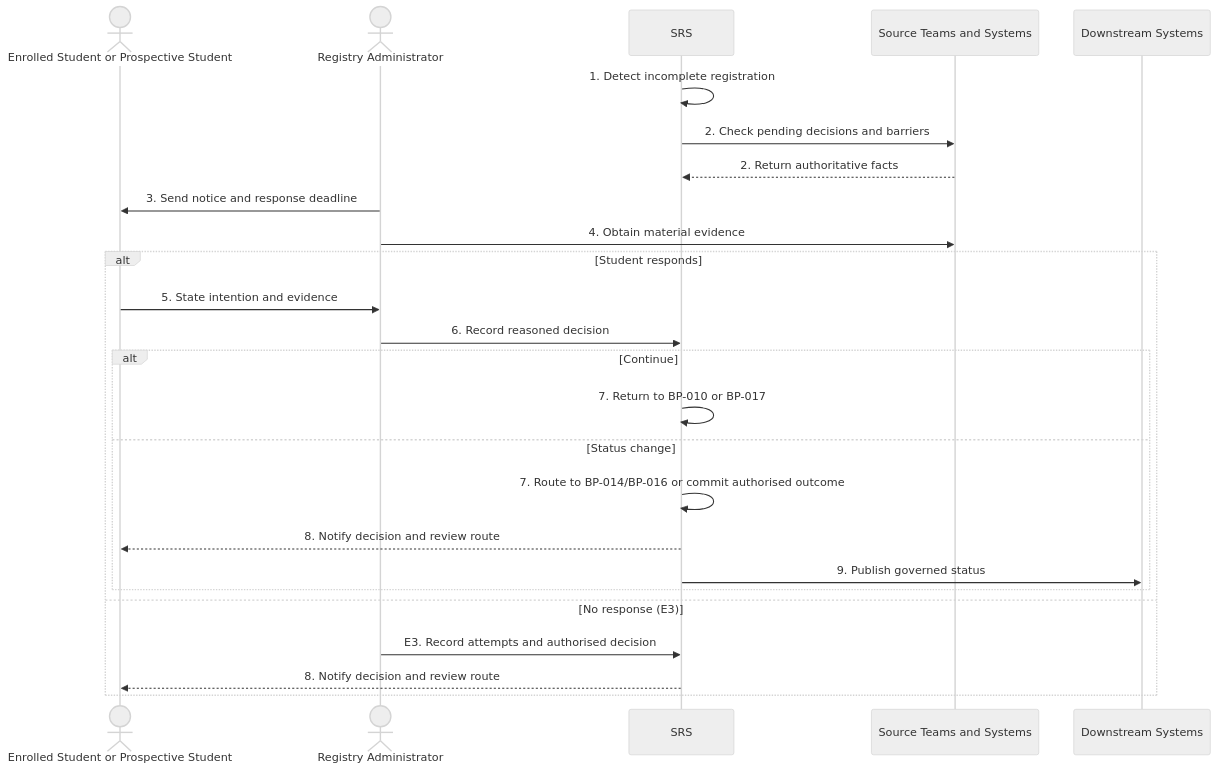
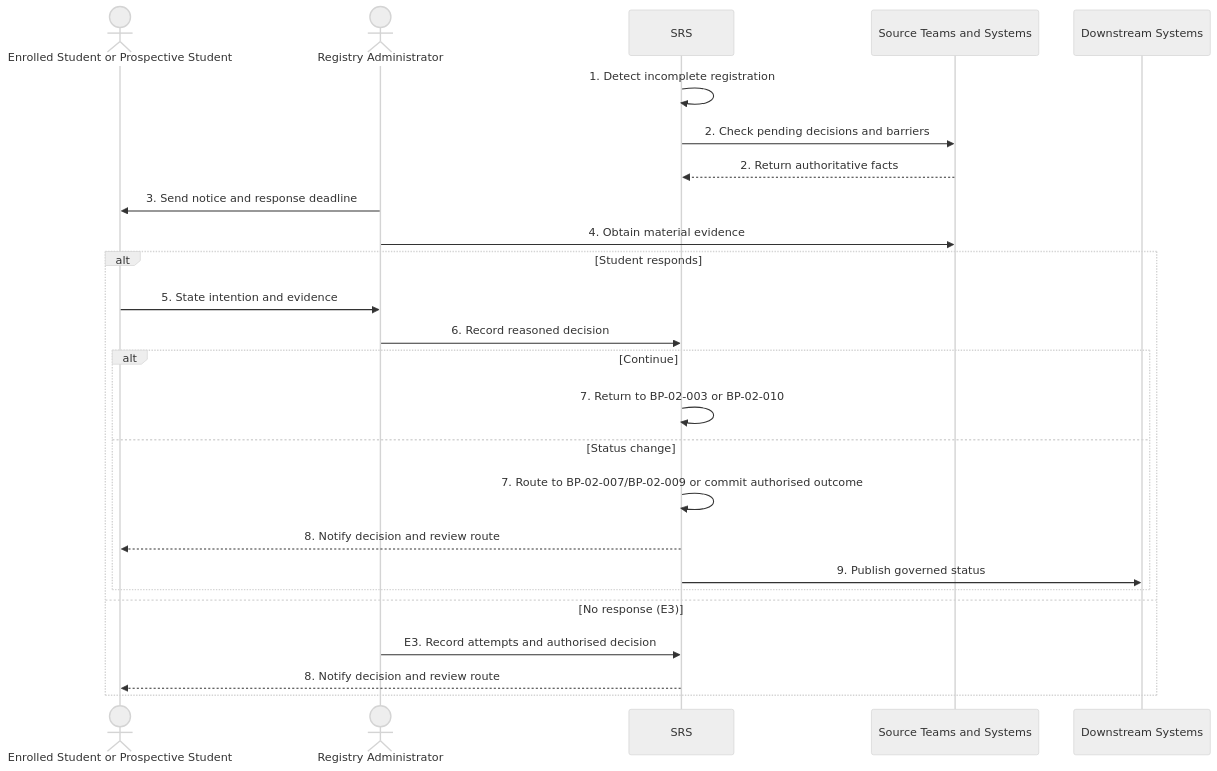
One commit to RevelationCore/Revelation-SRS changed the diagram in docs/business-processes/02-registration-and-student-status/bp-02-011-resolve-failure-to-register.md. Above: the diagram before and after it, drawn with Mermaid (neutral theme). The commit also changed other lines of this file and 96 other files, not shown here.

````diff
--- a/docs/business-processes/02-registration-and-student-status/bp-02-011-resolve-failure-to-register.md
+++ b/docs/business-processes/02-registration-and-student-status/bp-02-011-resolve-failure-to-register.md
@@ -199,28 +199,28 @@
 ```mermaid
 sequenceDiagram
     actor Student as Enrolled Student or Prospective Student
     actor Registry as Registry Administrator
     participant SRS
     participant Evidence as Source Teams and Systems
     participant External as Downstream Systems
 
     SRS->>SRS: 1. Detect incomplete registration
     SRS->>Evidence: 2. Check pending decisions and barriers
     Evidence-->>SRS: 2. Return authoritative facts
     Registry->>Student: 3. Send notice and response deadline
     Registry->>Evidence: 4. Obtain material evidence
     alt Student responds
         Student->>Registry: 5. State intention and evidence
         Registry->>SRS: 6. Record reasoned decision
         alt Continue
-            SRS->>SRS: 7. Return to BP-010 or BP-017
+            SRS->>SRS: 7. Return to BP-02-003 or BP-02-010
         else Status change
-            SRS->>SRS: 7. Route to BP-014/BP-016 or commit authorised outcome
+            SRS->>SRS: 7. Route to BP-02-007/BP-02-009 or commit authorised outcome
             SRS-->>Student: 8. Notify decision and review route
             SRS->>External: 9. Publish governed status
         end
     else No response (E3)
         Registry->>SRS: E3. Record attempts and authorised decision
         SRS-->>Student: 8. Notify decision and review route
     end
 ```
````
